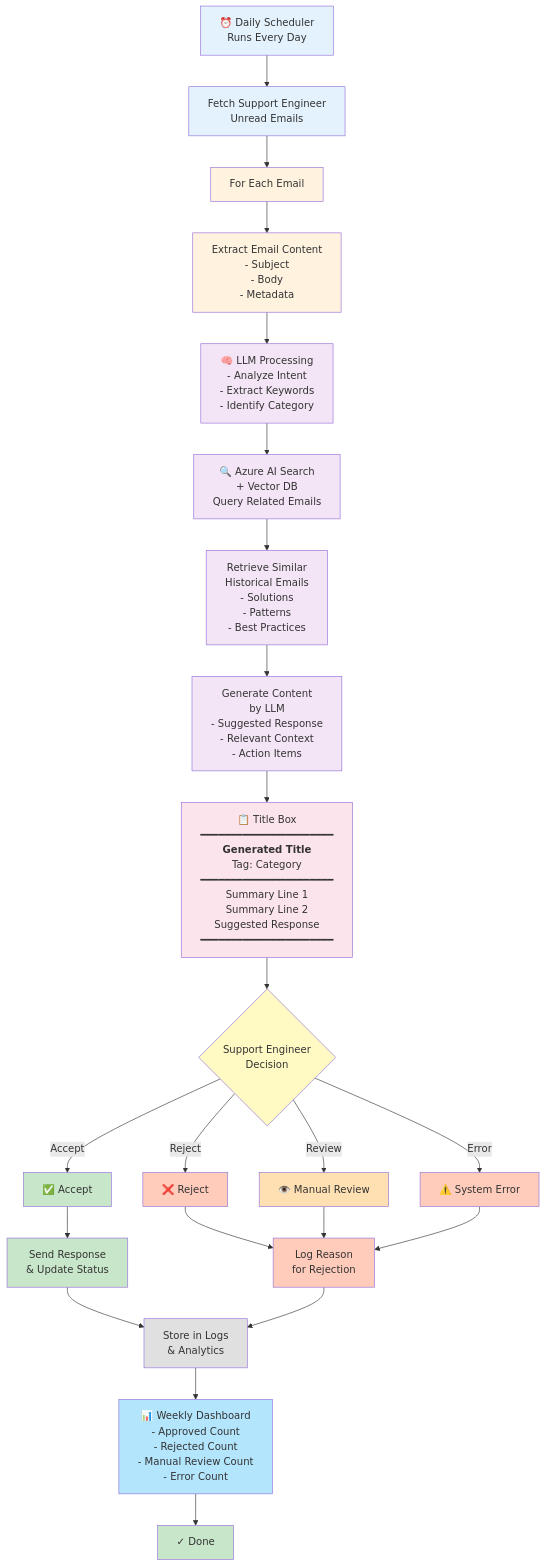
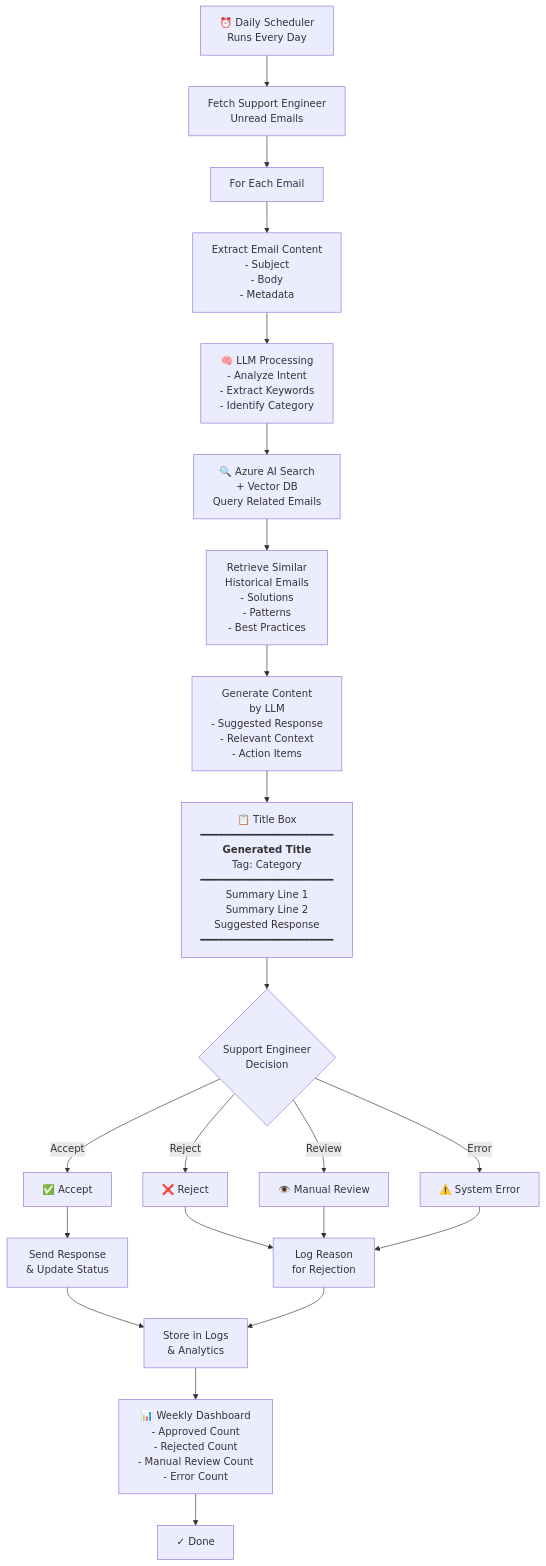
Before and after one commit to rajacsp/mermaid-public-samples: the third of 3 diagrams in email5.md, drawn with Mermaid.

````diff
--- a/email5.md
+++ b/email5.md
@@ -51,59 +51,39 @@
 ```mermaid
 graph TD
     SCHEDULER["⏰ Daily Scheduler<br/>Runs Every Day"]
     
     SCHEDULER --> FETCH["Fetch Support Engineer<br/>Unread Emails"]
     
     FETCH --> LOOP["For Each Email"]
     
     LOOP --> EXTRACT["Extract Email Content<br/>- Subject<br/>- Body<br/>- Metadata"]
     
     EXTRACT --> LLM["🧠 LLM Processing<br/>- Analyze Intent<br/>- Extract Keywords<br/>- Identify Category"]
     
     LLM --> SEARCH["🔍 Azure AI Search<br/>+ Vector DB<br/>Query Related Emails"]
     
     SEARCH --> RETRIEVE["Retrieve Similar<br/>Historical Emails<br/>- Solutions<br/>- Patterns<br/>- Best Practices"]
     
     RETRIEVE --> GENERATE["Generate Content<br/>by LLM<br/>- Suggested Response<br/>- Relevant Context<br/>- Action Items"]
     
     GENERATE --> TITLE_BOX["📋 Title Box<br/>━━━━━━━━━━━━━━━━━━━━━━<br/><b>Generated Title</b><br/>Tag: Category<br/>━━━━━━━━━━━━━━━━━━━━━━<br/>Summary Line 1<br/>Summary Line 2<br/>Suggested Response<br/>━━━━━━━━━━━━━━━━━━━━━━"]
     
     TITLE_BOX --> DECISION{"Support Engineer<br/>Decision"}
     
     DECISION -->|Accept| ACCEPT["✅ Accept"]
     DECISION -->|Reject| REJECT["❌ Reject"]
     DECISION -->|Review| REVIEW["👁️ Manual Review"]
     DECISION -->|Error| ERROR["⚠️ System Error"]
     
     ACCEPT --> PROCESS["Send Response<br/>& Update Status"]
     REJECT --> REASON["Log Reason<br/>for Rejection"]
     REVIEW --> REASON
     ERROR --> REASON
     
     PROCESS --> STORE["Store in Logs<br/>& Analytics"]
     REASON --> STORE
     
     STORE --> DASHBOARD["📊 Weekly Dashboard<br/>- Approved Count<br/>- Rejected Count<br/>- Manual Review Count<br/>- Error Count"]
     
     DASHBOARD --> DONE["✓ Done"]
-    
-    style SCHEDULER fill:#e3f2fd
-    style FETCH fill:#e3f2fd
-    style LOOP fill:#fff3e0
-    style EXTRACT fill:#fff3e0
-    style LLM fill:#f3e5f5
-    style SEARCH fill:#f3e5f5
-    style RETRIEVE fill:#f3e5f5
-    style GENERATE fill:#f3e5f5
-    style TITLE_BOX fill:#fce4ec
-    style DECISION fill:#fff9c4
-    style ACCEPT fill:#c8e6c9
-    style REJECT fill:#ffccbc
-    style REVIEW fill:#ffe0b2
-    style ERROR fill:#ffccbc
-    style PROCESS fill:#c8e6c9
-    style REASON fill:#ffccbc
-    style STORE fill:#e0e0e0
-    style DASHBOARD fill:#b3e5fc
-    style DONE fill:#c8e6c9
 ```
````
